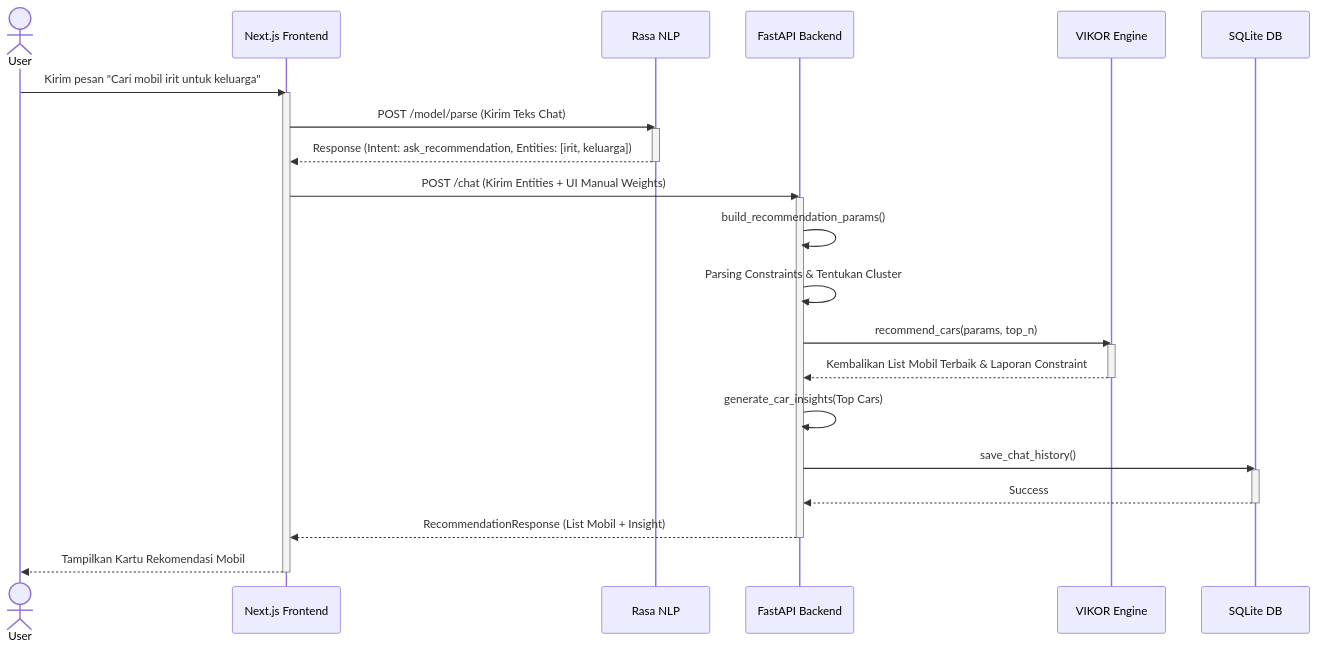
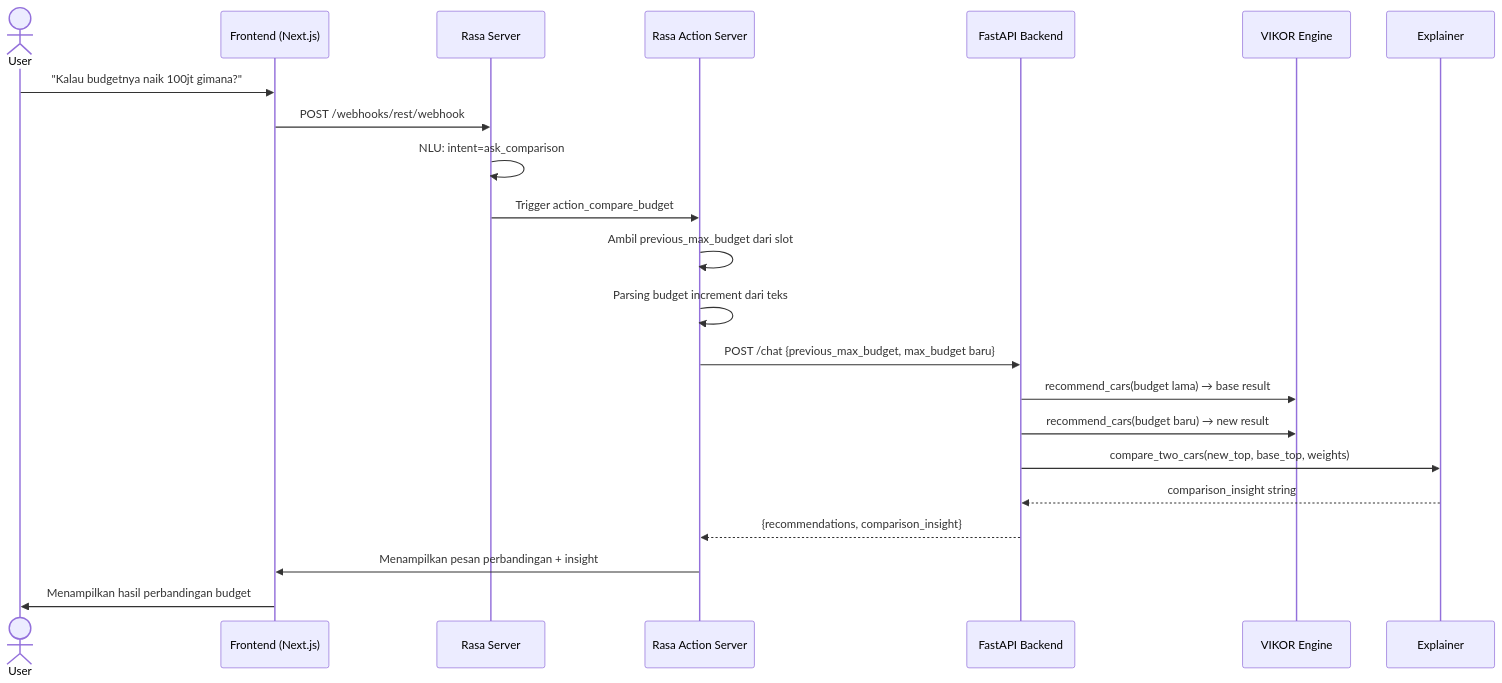
Before and after one commit to ivansaostomat1/Chatbot-Rekomendasi-Mobil: diagram 11 of 14 in docs/UML_Diagrams.md, drawn with Mermaid. The commit also changed other lines of this file and 5 other files, not shown here.

````diff
--- a/docs/UML_Diagrams.md
+++ b/docs/UML_Diagrams.md
@@ -62,39 +253,25 @@
 ```mermaid
 sequenceDiagram
     actor User
-    participant Frontend as Next.js Frontend
-    participant Rasa as Rasa NLP
-    participant Backend as FastAPI Backend
-    participant Vikor as VIKOR Engine
-    participant Database as SQLite DB
+    participant FE as Frontend (Next.js)
+    participant Rasa as Rasa Server
+    participant Action as Rasa Action Server
+    participant API as FastAPI Backend
+    participant VE as VIKOR Engine
+    participant EX as Explainer
 
-    User->>Frontend: Kirim pesan "Cari mobil irit untuk keluarga"
-    activate Frontend
-    Frontend->>Rasa: POST /model/parse (Kirim Teks Chat)
-    activate Rasa
-    Rasa-->>Frontend: Response (Intent: ask_recommendation, Entities: [irit, keluarga])
-    deactivate Rasa
-    
-    Frontend->>Backend: POST /chat (Kirim Entities + UI Manual Weights)
-    activate Backend
-    Backend->>Backend: build_recommendation_params()
-    Backend->>Backend: Parsing Constraints & Tentukan Cluster
-    
-    Backend->>Vikor: recommend_cars(params, top_n)
-    activate Vikor
-    Vikor-->>Backend: Kembalikan List Mobil Terbaik & Laporan Constraint
-    deactivate Vikor
-    
-    Backend->>Backend: generate_car_insights(Top Cars)
-    
-    Backend->>Database: save_chat_history()
-    activate Database
-    Database-->>Backend: Success
-    deactivate Database
-    
-    Backend-->>Frontend: RecommendationResponse (List Mobil + Insight)
-    deactivate Backend
-    
-    Frontend-->>User: Tampilkan Kartu Rekomendasi Mobil
-    deactivate Frontend
+    User->>FE: "Kalau budgetnya naik 100jt gimana?"
+    FE->>Rasa: POST /webhooks/rest/webhook
+    Rasa->>Rasa: NLU: intent=ask_comparison
+    Rasa->>Action: Trigger action_compare_budget
+    Action->>Action: Ambil previous_max_budget dari slot
+    Action->>Action: Parsing budget increment dari teks
+    Action->>API: POST /chat {previous_max_budget, max_budget baru}
+    API->>VE: recommend_cars(budget lama) → base result
+    API->>VE: recommend_cars(budget baru) → new result
+    API->>EX: compare_two_cars(new_top, base_top, weights)
+    EX-->>API: comparison_insight string
+    API-->>Action: {recommendations, comparison_insight}
+    Action->>FE: Menampilkan pesan perbandingan + insight
+    FE->>User: Menampilkan hasil perbandingan budget
 ```
````
